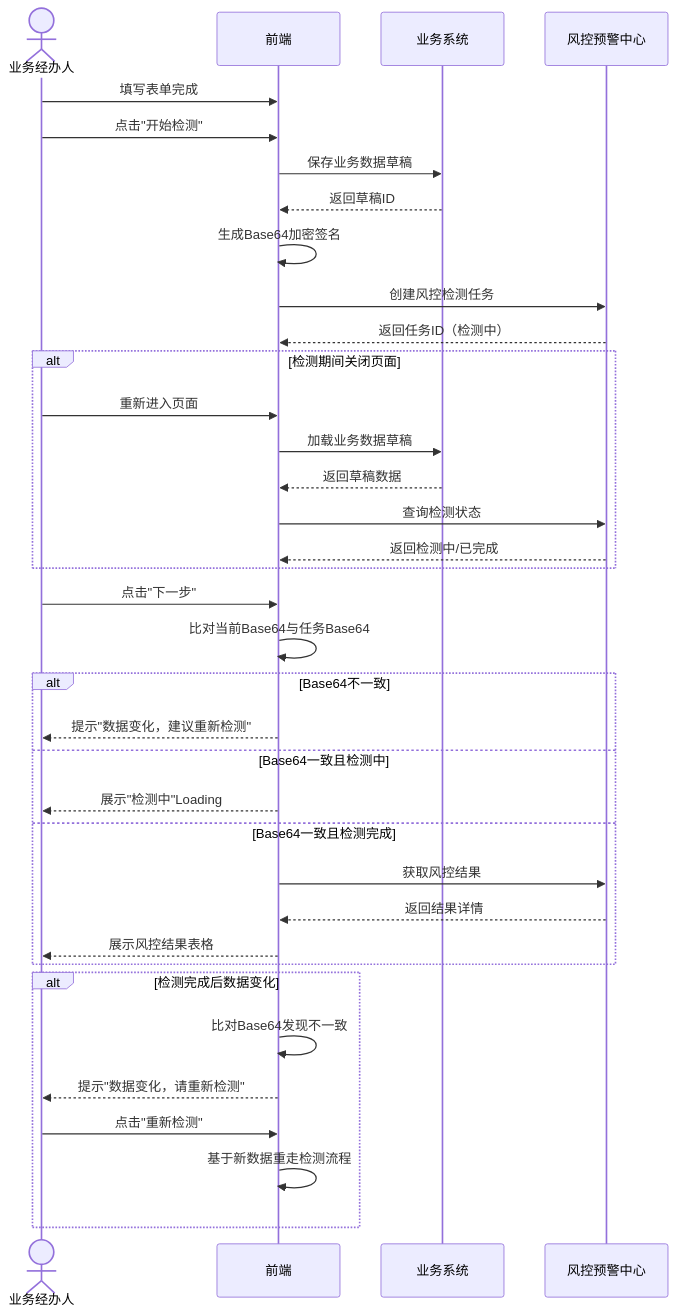
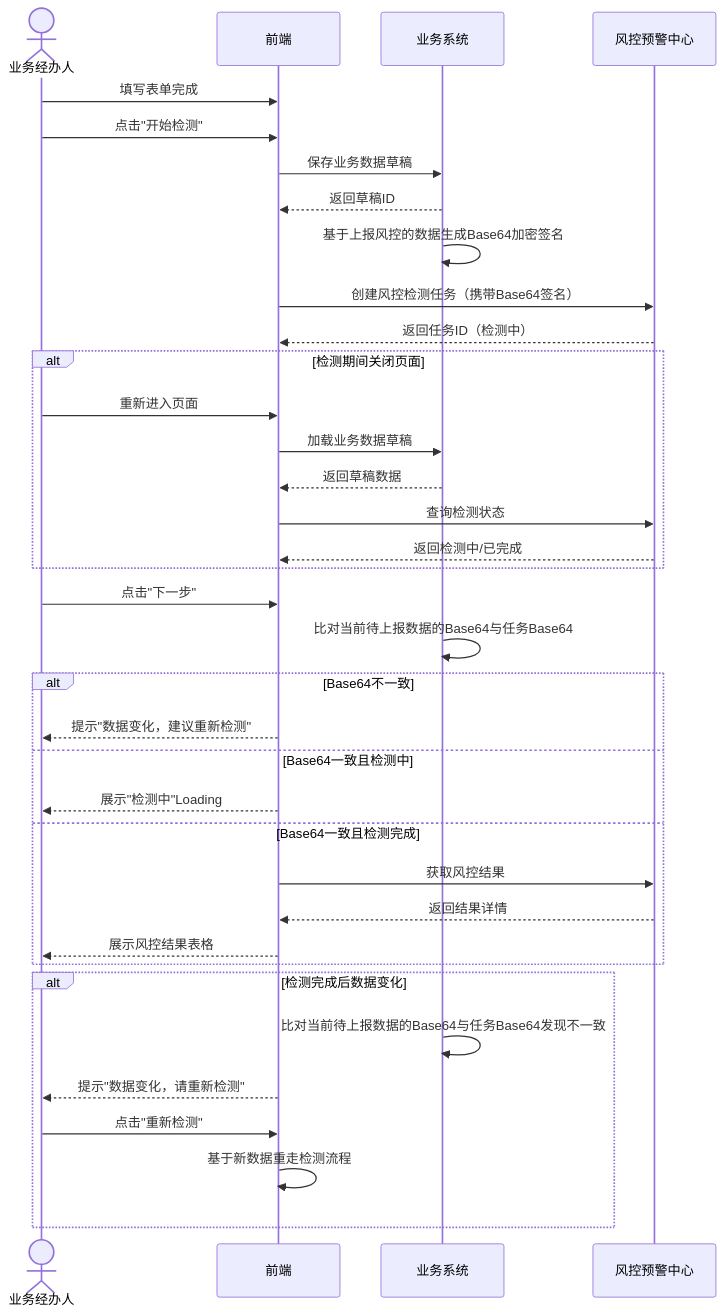
The second of 4 diagrams in axureMake/src/prototypes/procurement-list/spec.md (LRainD/LRainD.github.io), drawn with Mermaid before and after one commit. The commit also changed other lines of this file, not shown here.

Commit message:
修改文档

````diff
--- a/axureMake/src/prototypes/procurement-list/spec.md
+++ b/axureMake/src/prototypes/procurement-list/spec.md
@@ -92,43 +92,43 @@
 ```mermaid
 sequenceDiagram
     actor U as 业务经办人
     participant F as 前端
     participant B as 业务系统
     participant R as 风控预警中心
 
     U->>F: 填写表单完成
     U->>F: 点击"开始检测"
     F->>B: 保存业务数据草稿
     B-->>F: 返回草稿ID
-    F->>F: 生成Base64加密签名
-    F->>R: 创建风控检测任务
+    B->>B: 基于上报风控的数据生成Base64加密签名
+    F->>R: 创建风控检测任务（携带Base64签名）
     R-->>F: 返回任务ID（检测中）
 
     alt 检测期间关闭页面
         U->>F: 重新进入页面
         F->>B: 加载业务数据草稿
         B-->>F: 返回草稿数据
         F->>R: 查询检测状态
         R-->>F: 返回检测中/已完成
     end
 
     U->>F: 点击"下一步"
-    F->>F: 比对当前Base64与任务Base64
+    B->>B: 比对当前待上报数据的Base64与任务Base64
 
     alt Base64不一致
         F-->>U: 提示"数据变化，建议重新检测"
     else Base64一致且检测中
         F-->>U: 展示"检测中"Loading
     else Base64一致且检测完成
         F->>R: 获取风控结果
         R-->>F: 返回结果详情
         F-->>U: 展示风控结果表格
     end
 
     alt 检测完成后数据变化
-        F->>F: 比对Base64发现不一致
+        B->>B: 比对当前待上报数据的Base64与任务Base64发现不一致
         F-->>U: 提示"数据变化，请重新检测"
         U->>F: 点击"重新检测"
         F->>F: 基于新数据重走检测流程
     end
 ```
````
